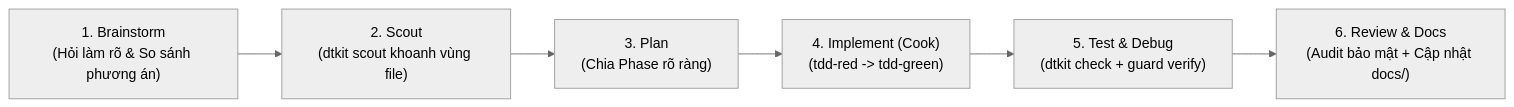
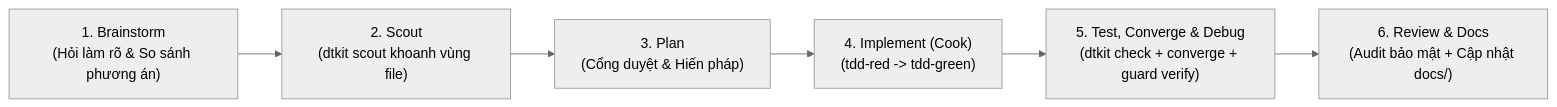
Before and after one commit to truong-newbie/Agent_Kit_Impl: the second of 2 diagrams in docs/guide.vi.md, drawn with Mermaid (neutral theme). The commit also changed other lines of this file and 43 other files, not shown here.

````diff
--- a/docs/guide.vi.md
+++ b/docs/guide.vi.md
@@ -92,8 +94,8 @@
 ```mermaid
 flowchart LR
     A["1. Brainstorm\n(Hỏi làm rõ & So sánh phương án)"] --> B["2. Scout\n(dtkit scout khoanh vùng file)"]
-    B --> C["3. Plan\n(Chia Phase rõ ràng)"]
+    B --> C["3. Plan\n(Cổng duyệt & Hiến pháp)"]
     C --> D["4. Implement (Cook)\n(tdd-red -> tdd-green)"]
-    D --> E["5. Test & Debug\n(dtkit check + guard verify)"]
+    D --> E["5. Test, Converge & Debug\n(dtkit check + converge + guard verify)"]
     E --> F["6. Review & Docs\n(Audit bảo mật + Cập nhật docs/)"]
 ```
````
